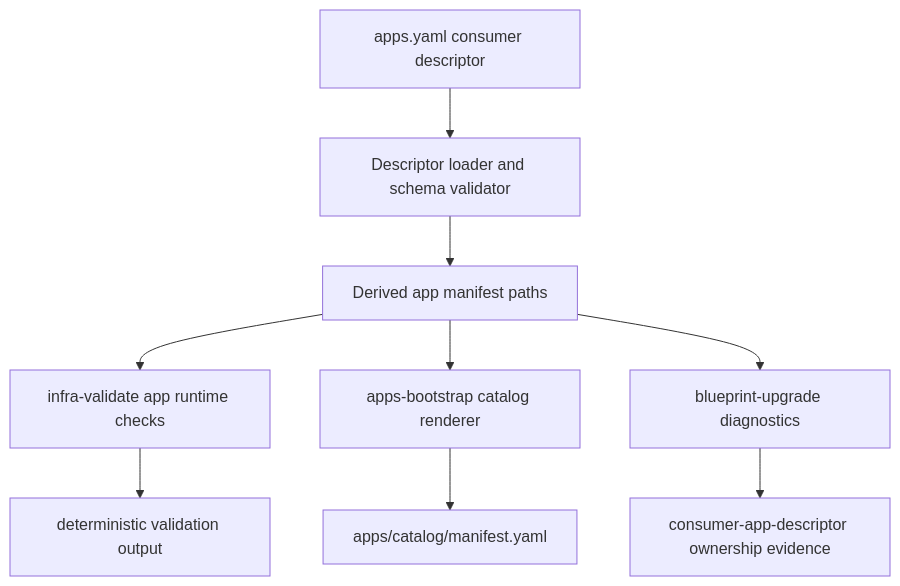
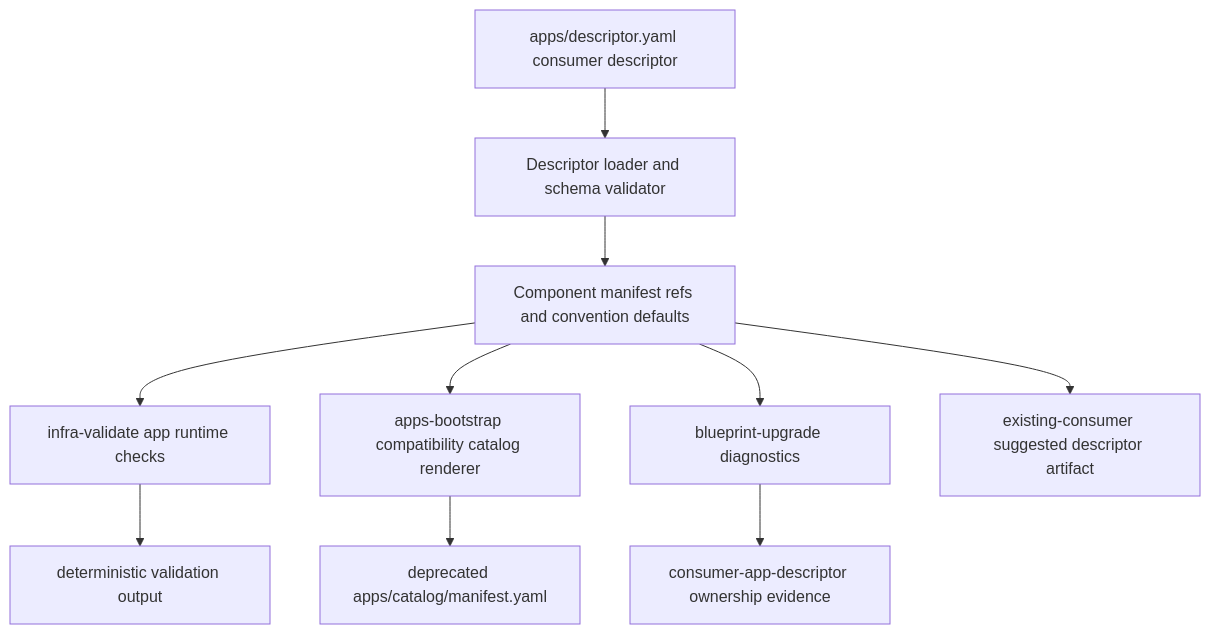
One commit to sbonoc/stackit-platform-blueprint changed the diagram in specs/2026-04-27-consumer-app-descriptor/architecture.md. Above: the diagram before and after it, drawn with Mermaid. The commit also changed other lines of this file and 10 other files, not shown here.

Commit message:
feat(consumer-app-descriptor): refine intake requirements

````diff
--- a/specs/2026-04-27-consumer-app-descriptor/architecture.md
+++ b/specs/2026-04-27-consumer-app-descriptor/architecture.md
@@ -31,11 +32,12 @@
 ```mermaid
 flowchart TD
-    A[apps.yaml consumer descriptor] --> B[Descriptor loader and schema validator]
-    B --> C[Derived app manifest paths]
+    A[apps/descriptor.yaml consumer descriptor] --> B[Descriptor loader and schema validator]
+    B --> C[Component manifest refs and convention defaults]
     C --> D[infra-validate app runtime checks]
-    C --> E[apps-bootstrap catalog renderer]
+    C --> E[apps-bootstrap compatibility catalog renderer]
     C --> F[blueprint-upgrade diagnostics]
+    C --> J[existing-consumer suggested descriptor artifact]
     D --> G[deterministic validation output]
-    E --> H[apps/catalog/manifest.yaml]
+    E --> H[deprecated apps/catalog/manifest.yaml]
     F --> I[consumer-app-descriptor ownership evidence]
 ```
````
